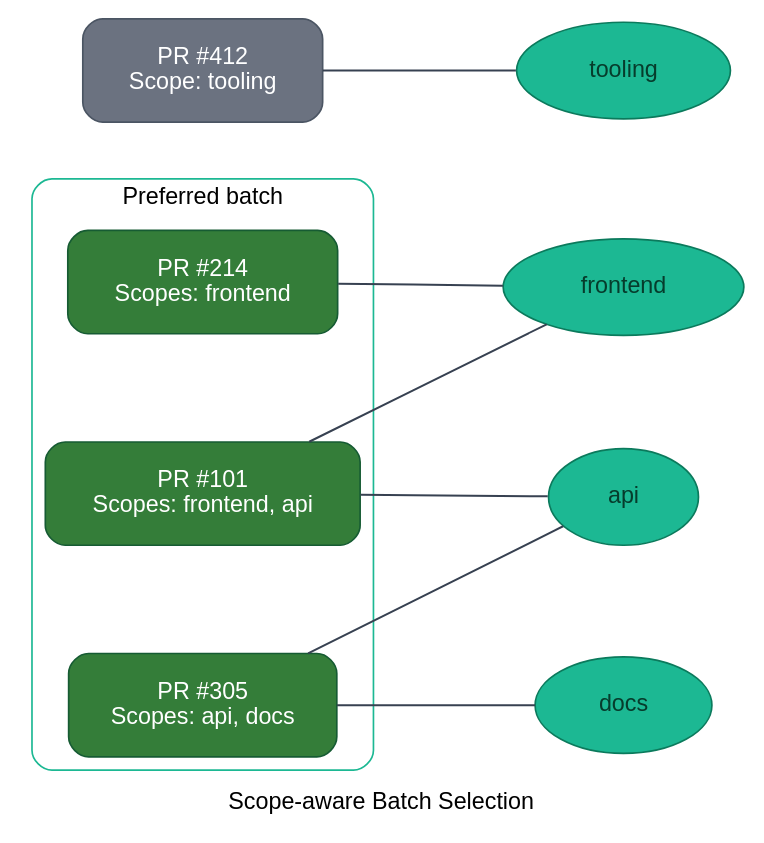
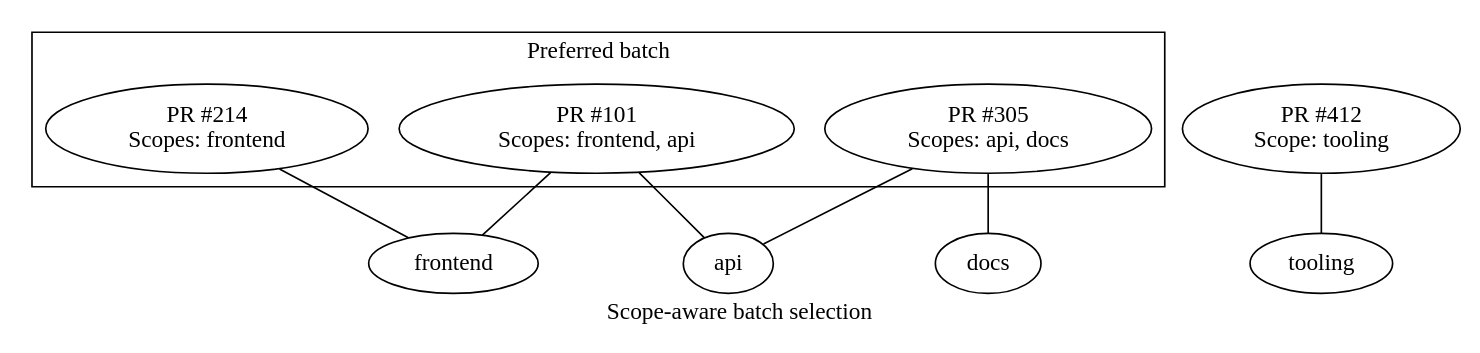
One commit to Mergifyio/docs changed the diagram in src/content/docs/merge-queue/scopes.mdx. Above: the diagram before and after it, drawn with Graphviz. The commit also changed 20 other files, not shown here.

````diff
--- a/src/content/docs/merge-queue/scopes.mdx
+++ b/src/content/docs/merge-queue/scopes.mdx
@@ -31,36 +31,28 @@
-```dot class="graph"
-strict digraph {
-  fontname="sans-serif";
-  rankdir="LR";
-  label="Scope-aware Batch Selection";
-  nodesep=0.9;
-  ranksep=1.2;
-  splines=polyline;
-
-  edge [fontname="sans-serif", color="#374151", arrowhead=none, penwidth=1.2];
+```dot class="queue"
+digraph {
+  label="Scope-aware batch selection";
+  edge [arrowhead=none];
 
   subgraph cluster_preferred {
-  style="rounded";
-  color="#1CB893";
+    class="batch";
     label="Preferred batch";
-
-    PR1 [shape=box, style="rounded,filled", fillcolor="#347D39", fontcolor="white", color="#165B33", margin="0.35,0.22", fontname="sans-serif", label="PR #101\nScopes: frontend, api"];
-    PR2 [shape=box, style="rounded,filled", fillcolor="#347D39", fontcolor="white", color="#165B33", margin="0.35,0.22", fontname="sans-serif", label="PR #214\nScopes: frontend"];
-    PR3 [shape=box, style="rounded,filled", fillcolor="#347D39", fontcolor="white", color="#165B33", margin="0.35,0.22", fontname="sans-serif", label="PR #305\nScopes: api, docs"];
+    PR1 [label="PR #101\nScopes: frontend, api", class="queued"];
+    PR2 [label="PR #214\nScopes: frontend", class="queued"];
+    PR3 [label="PR #305\nScopes: api, docs", class="queued"];
   }
 
-  PR4 [shape=box, style="rounded,filled", fillcolor="#6B7280", fontcolor="white", color="#4B5563", margin="0.35,0.22", fontname="sans-serif", label="PR #412\nScope: tooling"];
+  PR4 [label="PR #412\nScope: tooling", class="muted"];
 
-  frontend [shape=oval, style="filled", fillcolor="#1CB893", fontcolor="#063C2C", color="#0B7A5C", margin="0.3,0.18", fontname="sans-serif", label="frontend"];
-  api [shape=oval, style="filled", fillcolor="#1CB893", fontcolor="#063C2C", color="#0B7A5C", margin="0.3,0.18", fontname="sans-serif", label="api"];
-  docs [shape=oval, style="filled", fillcolor="#1CB893", fontcolor="#063C2C", color="#0B7A5C", margin="0.3,0.18", fontname="sans-serif", label="docs"];
-  tooling [shape=oval, style="filled", fillcolor="#1CB893", fontcolor="#063C2C", color="#0B7A5C", margin="0.3,0.18", fontname="sans-serif", label="tooling"];
+  frontend [shape=oval, class="config"];
+  api [shape=oval, class="config"];
+  docs [shape=oval, class="config"];
+  tooling [shape=oval, class="config"];
 
   PR1 -> frontend;
   PR1 -> api;
   PR2 -> frontend;
   PR3 -> api;
   PR3 -> docs;
   PR4 -> tooling;
 }
 ```
````
